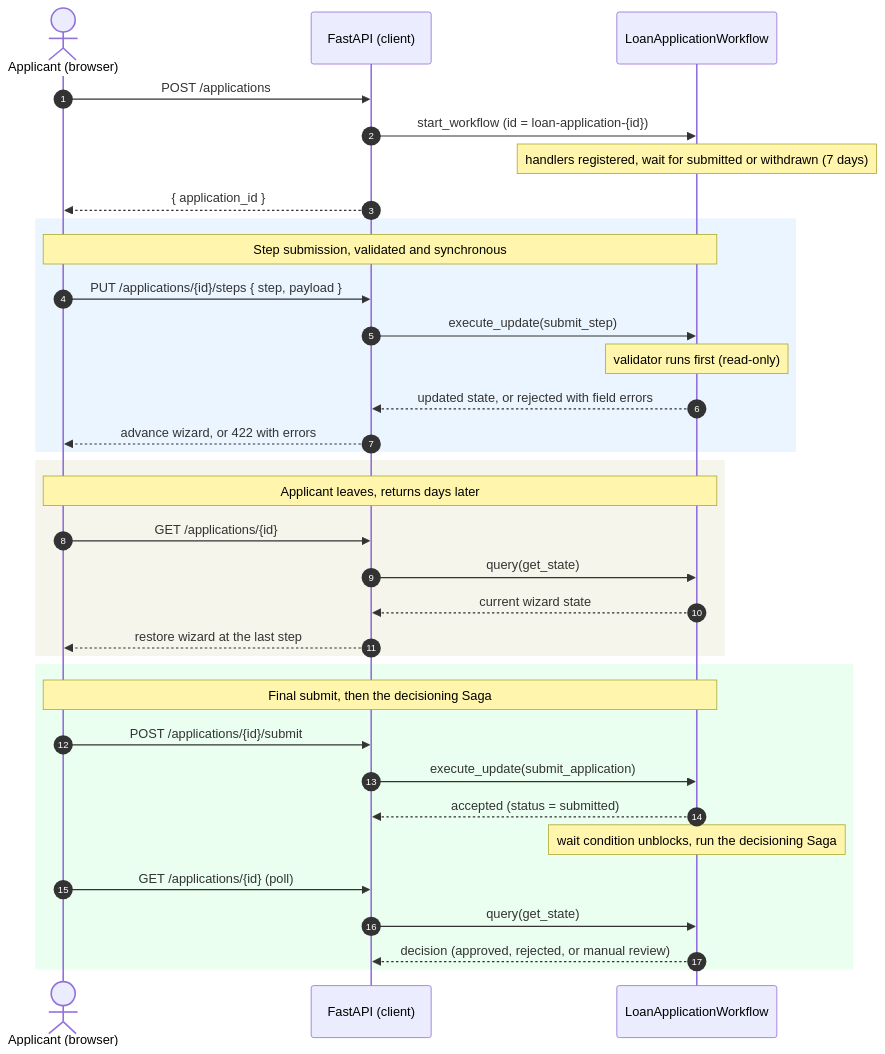
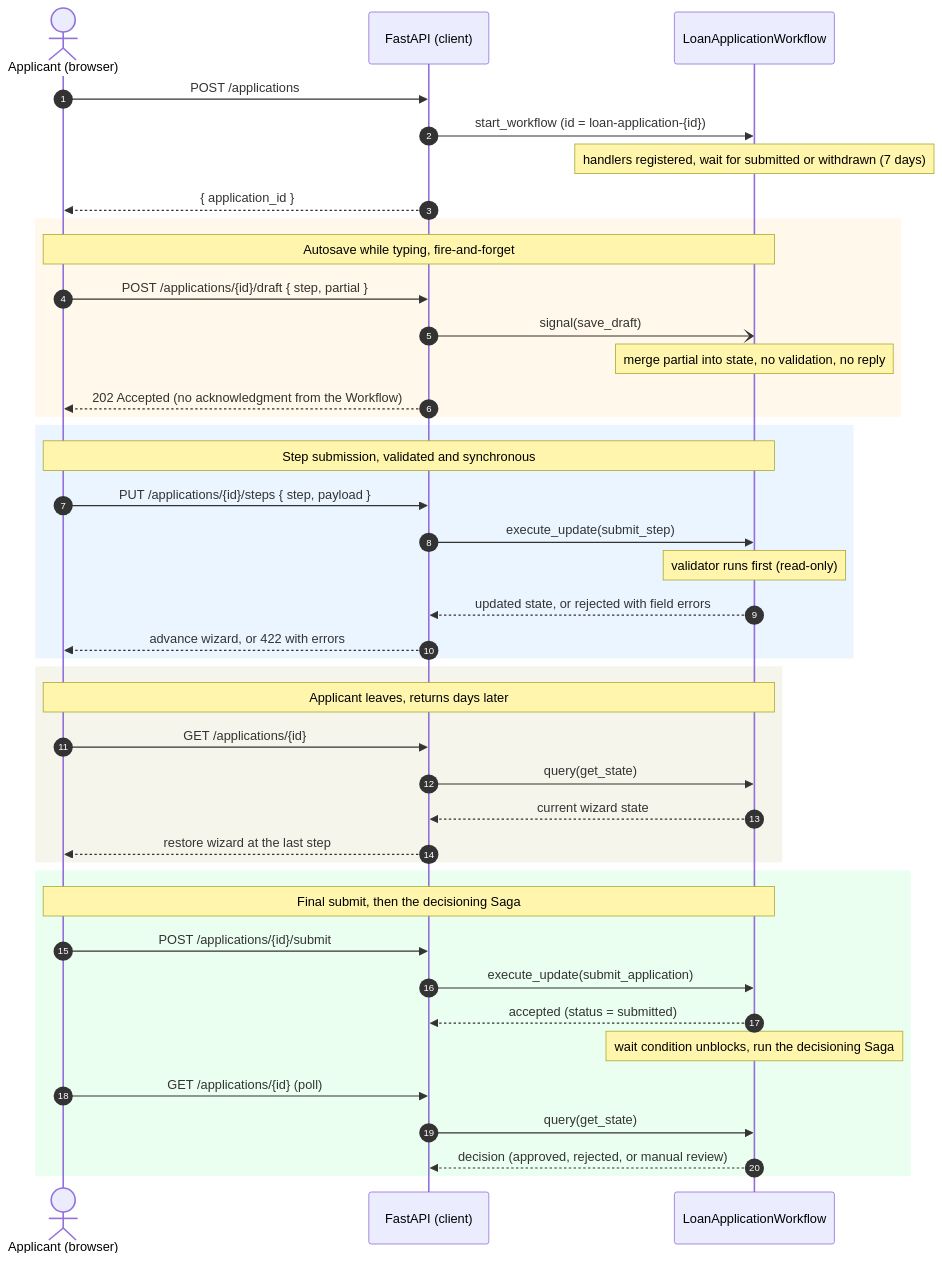
The third of 5 diagrams in docs/loan-wizard-validated-pattern-design.md (temporal-sa/loan-wizard), drawn with Mermaid before and after one commit. The commit also changed other lines of this file and 4 other files, not shown here.

````diff
--- a/docs/loan-wizard-validated-pattern-design.md
+++ b/docs/loan-wizard-validated-pattern-design.md
@@ -197,40 +219,48 @@
 ```mermaid
 sequenceDiagram
   autonumber
   actor U as Applicant (browser)
   participant API as FastAPI (client)
   participant WF as LoanApplicationWorkflow
 
   U->>API: POST /applications
   API->>WF: start_workflow (id = loan-application-{id})
   Note over WF: handlers registered, wait for submitted or withdrawn (7 days)
   API-->>U: { application_id }
+
+  rect rgb(255,248,235)
+  Note over U,WF: Autosave while typing, fire-and-forget
+  U->>API: POST /applications/{id}/draft { step, partial }
+  API-)WF: signal(save_draft)
+  Note over WF: merge partial into state, no validation, no reply
+  API-->>U: 202 Accepted (no acknowledgment from the Workflow)
+  end
 
   rect rgb(235,245,255)
   Note over U,WF: Step submission, validated and synchronous
   U->>API: PUT /applications/{id}/steps { step, payload }
   API->>WF: execute_update(submit_step)
   Note over WF: validator runs first (read-only)
   WF-->>API: updated state, or rejected with field errors
   API-->>U: advance wizard, or 422 with errors
   end
 
   rect rgb(245,245,235)
   Note over U,WF: Applicant leaves, returns days later
   U->>API: GET /applications/{id}
   API->>WF: query(get_state)
   WF-->>API: current wizard state
   API-->>U: restore wizard at the last step
   end
 
   rect rgb(235,255,240)
   Note over U,WF: Final submit, then the decisioning Saga
   U->>API: POST /applications/{id}/submit
   API->>WF: execute_update(submit_application)
   WF-->>API: accepted (status = submitted)
   Note over WF: wait condition unblocks, run the decisioning Saga
   U->>API: GET /applications/{id} (poll)
   API->>WF: query(get_state)
   WF-->>API: decision (approved, rejected, or manual review)
   end
 ```
````
